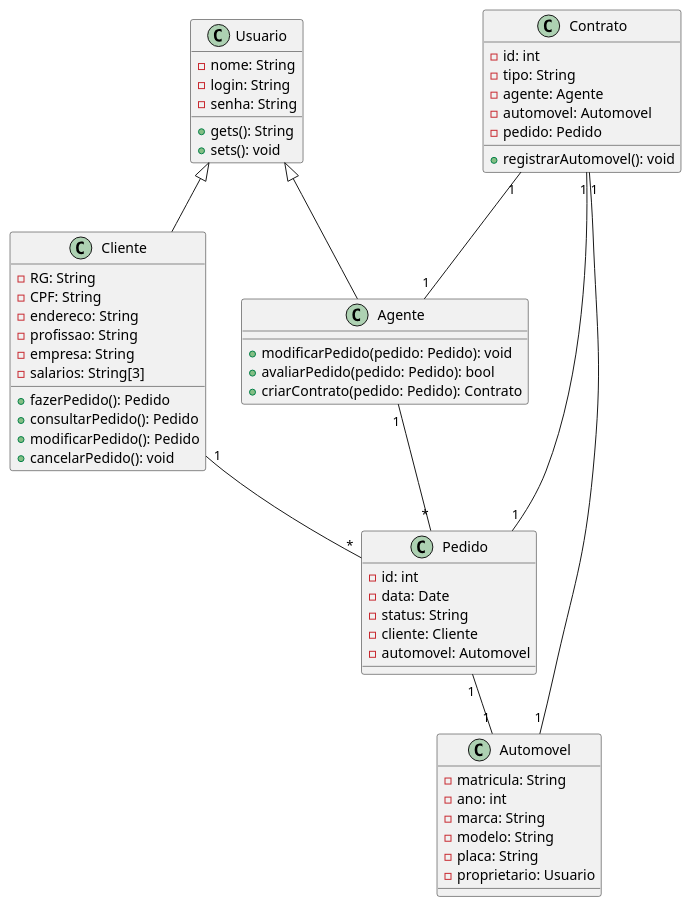
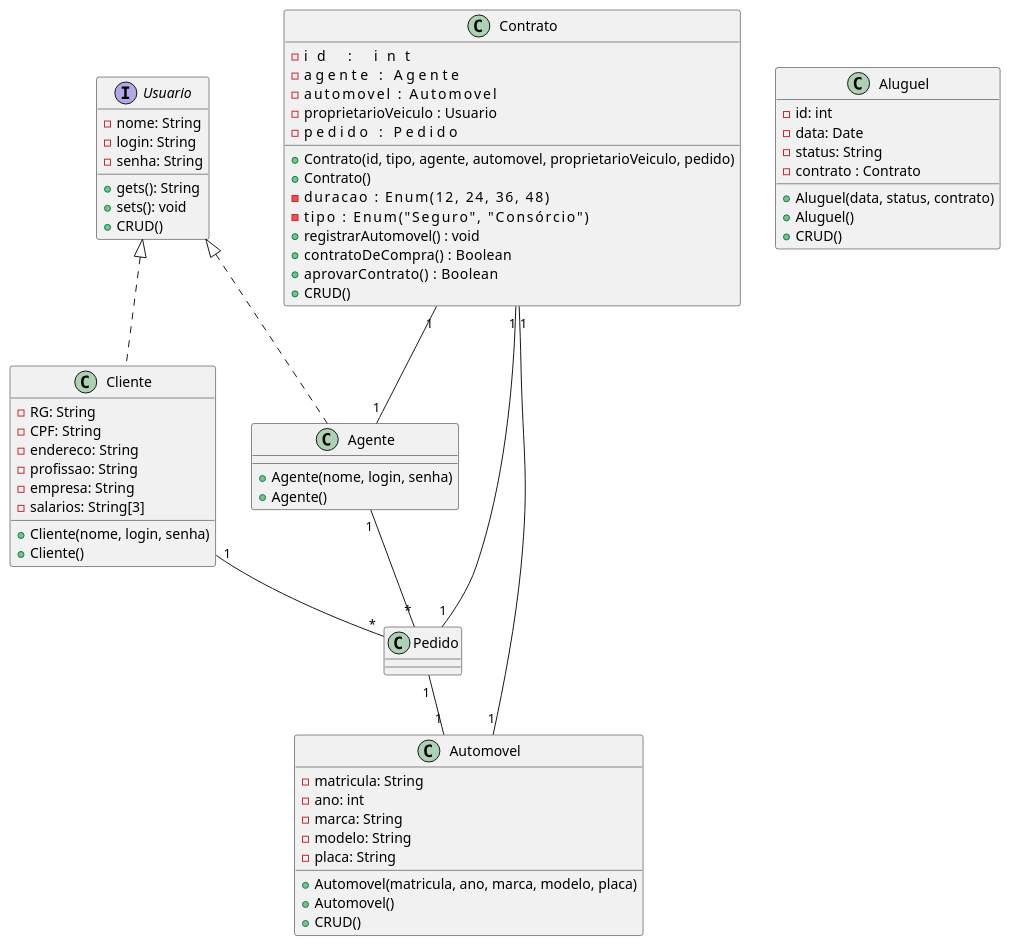
The diagram in Lab02-Desenv-Software/projeto/Diagrama de Classes/Diagrama_de_Classe.puml (Artureba/Lab02_LDS), drawn with PlantUML before and after one commit.

Commit message:
Atualização Diagrama de Classes

```diff
--- a/Lab02-Desenv-Software/projeto/Diagrama de Classes/Diagrama_de_Classe.puml
+++ b/Lab02-Desenv-Software/projeto/Diagrama de Classes/Diagrama_de_Classe.puml
@@ -1,63 +1,74 @@
 @startuml Sistema de Aluguel de Carros
 
-class Usuario{
+interface Usuario{
     -nome: String
     -login: String
     -senha: String
     +gets(): String
     +sets(): void
+    +CRUD()
 }
 
-class Cliente extends Usuario {
+class Cliente implements Usuario {
+    +Cliente(nome, login, senha)
+    +Cliente()
     -RG: String
     -CPF: String
     -endereco: String
     -profissao: String
     -empresa: String
     -salarios: String[3]
-    +fazerPedido(): Pedido
-    +consultarPedido(): Pedido
-    +modificarPedido(): Pedido
-    +cancelarPedido(): void
 }
 
-class Agente extends Usuario{
-    +modificarPedido(pedido: Pedido): void
-    +avaliarPedido(pedido: Pedido): bool
-    +criarContrato(pedido: Pedido): Contrato
-}
 
-class Pedido {
+class Aluguel {
+    +Aluguel(data, status, contrato)
+    +Aluguel()
     -id: int
     -data: Date
     -status: String
-    -cliente: Cliente
-    -automovel: Automovel
+    -contrato : Contrato
+
+    +CRUD()
+}
+
+class Agente implements Usuario{
+   +Agente(nome, login, senha)
+   +Agente()
 }
 
 class Automovel {
+    +Automovel(matricula, ano, marca, modelo, placa)
+    +Automovel()
     -matricula: String
     -ano: int
     -marca: String
     -modelo: String
     -placa: String
-    -proprietario: Usuario
+    +CRUD()
 }
 
 class Contrato {
-    -id: int
-    -tipo: String
-    -agente: Agente
-    -automovel: Automovel
-    -pedido: Pedido
-    +registrarAutomovel(): void
+    +Contrato(id, tipo, agente, automovel, proprietarioVeiculo, pedido)
+    +Contrato()
+    -id                   : int
+    -duracao              : Enum(12, 24, 36, 48)
+    -tipo                 : Enum("Seguro", "Consórcio")
+    -agente               : Agente
+    -automovel            : Automovel
+    -proprietarioVeiculo  : Usuario
+    -pedido               : Pedido
+    +registrarAutomovel() : void
+    +contratoDeCompra()   : Boolean
+    +aprovarContrato()    : Boolean
+    +CRUD()
 }
 
 Cliente "1" -- "*" Pedido
 Agente "1" -- "*" Pedido
 Pedido "1" -- "1" Automovel
 Contrato "1" -- "1" Pedido
 Contrato "1" -- "1" Agente
 Contrato "1" -- "1" Automovel
 
 @enduml
```
